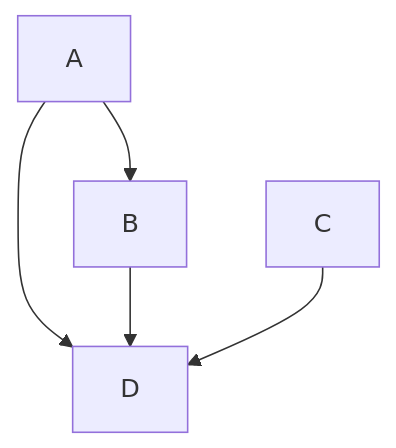
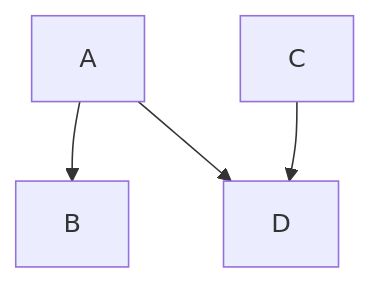
One commit to VenugopalaV/democats changed the diagram in README.md. Above: the diagram before and after it, drawn with Mermaid.

````diff
--- a/README.md
+++ b/README.md
@@ -24,7 +24,6 @@
 ```mermaid
 graph TD;
 A-->B;
 A-->D;
-B-->D
 C-->D;
 ```
````
